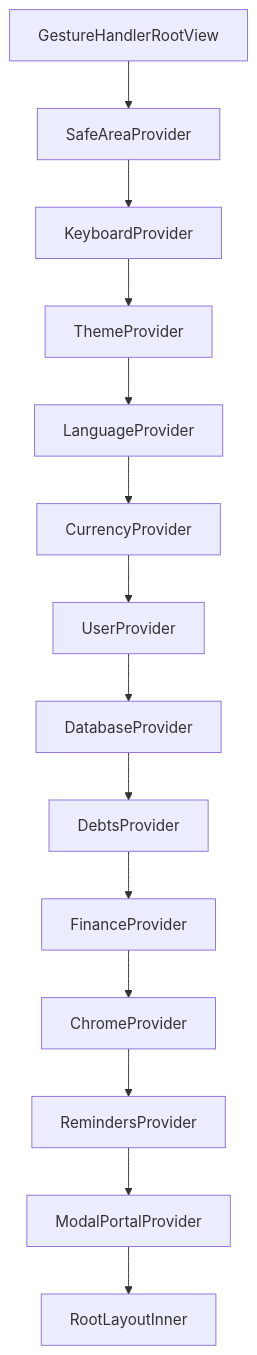
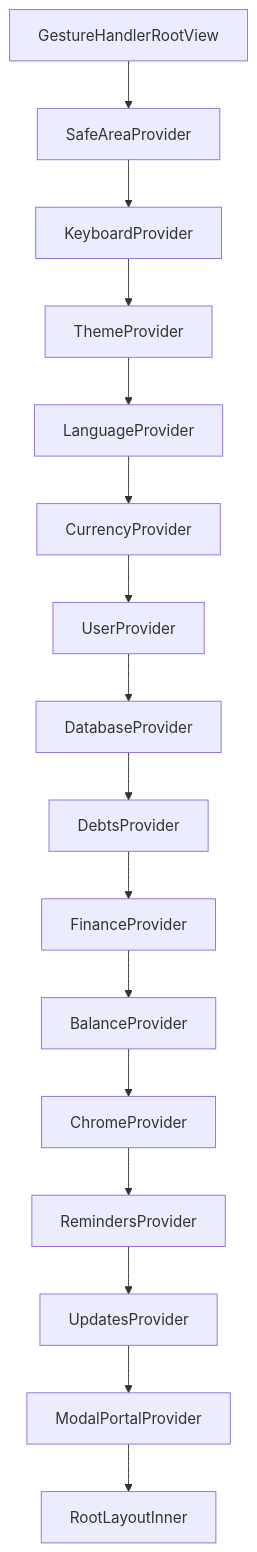
Before and after one commit to AmerZuher/Birds_Eye_Finance: the diagram in docs/DEVELOPMENT.md, drawn with Mermaid. The commit also changed other lines of this file and 35 other files, not shown here.

````diff
--- a/docs/DEVELOPMENT.md
+++ b/docs/DEVELOPMENT.md
@@ -126,16 +126,18 @@
 ```mermaid
 flowchart TD
     A[GestureHandlerRootView] --> B[SafeAreaProvider]
     B --> K[KeyboardProvider]
     K --> C[ThemeProvider]
     C --> D[LanguageProvider]
     D --> E[CurrencyProvider]
     E --> F[UserProvider]
     F --> DB[DatabaseProvider]
     DB --> DT[DebtsProvider]
     DT --> G[FinanceProvider]
-    G --> H[ChromeProvider]
+    G --> BA[BalanceProvider]
+    BA --> H[ChromeProvider]
     H --> R[RemindersProvider]
-    R --> I[ModalPortalProvider]
+    R --> U[UpdatesProvider]
+    U --> I[ModalPortalProvider]
     I --> J[RootLayoutInner]
 ```
````
